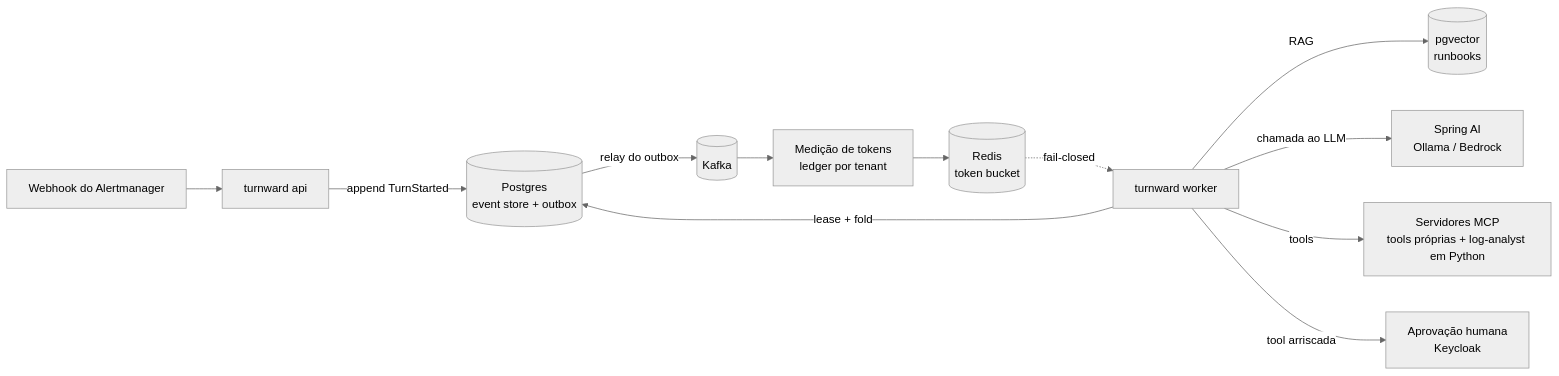
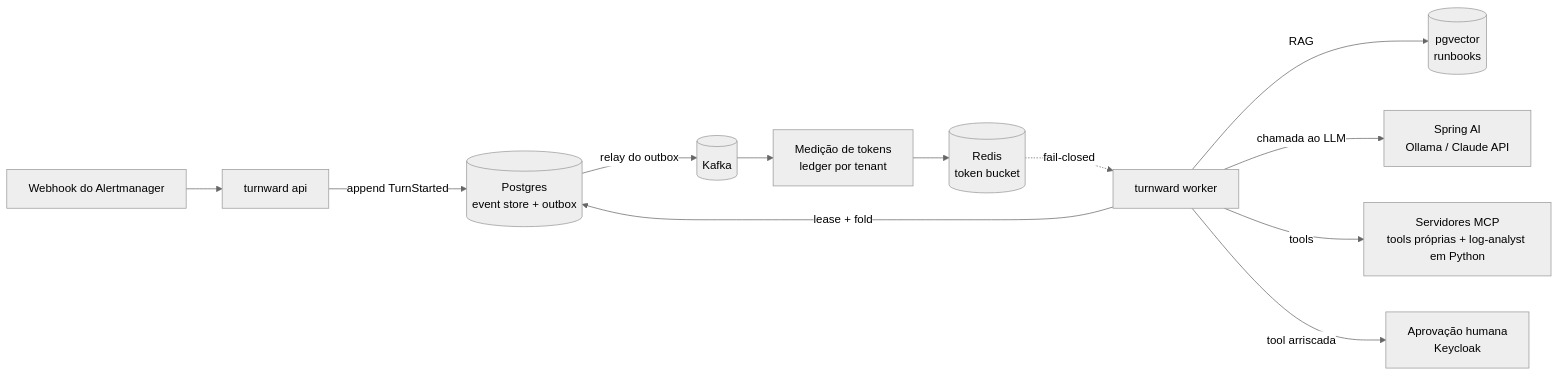
The diagram in README.pt-BR.md (caiocv18/turnward), drawn with Mermaid (neutral theme) before and after one commit. The commit also changed other lines of this file and 6 other files, not shown here.

First line of the commit message:
docs: record ADR-0011, Ollama in dev and the Anthropic API in production (#6)

````diff
--- a/README.pt-BR.md
+++ b/README.pt-BR.md
@@ -27,14 +27,14 @@
 ```mermaid
 flowchart LR
     AM[Webhook do Alertmanager] --> API[turnward api]
     API -->|append TurnStarted| ES[(Postgres<br/>event store + outbox)]
     W[turnward worker] -->|lease + fold| ES
     W -->|RAG| VS[(pgvector<br/>runbooks)]
-    W -->|chamada ao LLM| LLM[Spring AI<br/>Ollama / Bedrock]
+    W -->|chamada ao LLM| LLM[Spring AI<br/>Ollama / Claude API]
     W -->|tools| MCP[Servidores MCP<br/>tools próprias + log-analyst em Python]
     W -->|tool arriscada| HU[Aprovação humana<br/>Keycloak]
     ES -->|relay do outbox| K[(Kafka)]
     K --> M[Medição de tokens<br/>ledger por tenant]
     M --> R[(Redis<br/>token bucket)]
     R -.->|fail-closed| W
 ```
````
